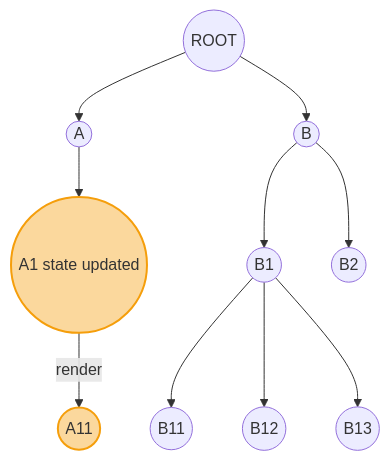
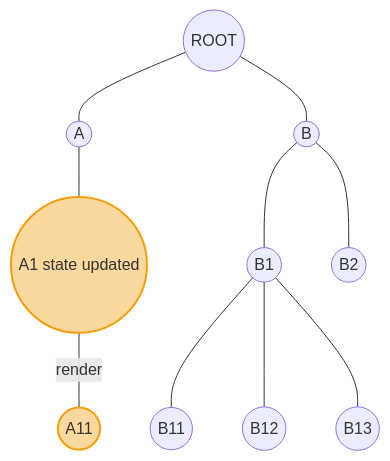
Before and after one commit to AlexeyPopovUA/me: the third of 4 diagrams in front-end/content/articles/react-application-performance-profiling-and-improvement/article.mdx, drawn with Mermaid. The commit also changed other lines of this file and 31 other files, not shown here.

````diff
--- a/front-end/content/articles/react-application-performance-profiling-and-improvement/article.mdx
+++ b/front-end/content/articles/react-application-performance-profiling-and-improvement/article.mdx
@@ -114,15 +116,15 @@
 ```mermaid
 flowchart TB
     classDef renders fill: #fbd89d, stroke: #f59e0b, stroke-width: 2px, white-space: normal, text-align: center
     idA1:::renders
     idA1:::bla
     idA11:::renders
-    idRoot((ROOT)) --> idA((A));
-    idA((A)) --> idA1((A1&nbspstate updated)) -- render --> idA11((A11))
-    idRoot((ROOT)) --> idB((B))
-    idB((B)) --> idB1((B1))
-    idB((B)) --> idB2((B2));
-    idB1((B1)) --> idB11((B11));
-    idB1((B1)) --> idB12((B12));
-    idB1((B1)) --> idB13((B13));
+    idRoot((ROOT)) --- idA((A));
+    idA((A)) --- idA1((A1&nbspstate updated)) -- render --- idA11((A11))
+    idRoot((ROOT)) --- idB((B))
+    idB((B)) --- idB1((B1))
+    idB((B)) --- idB2((B2));
+    idB1((B1)) --- idB11((B11));
+    idB1((B1)) --- idB12((B12));
+    idB1((B1)) --- idB13((B13));
 ```
````
